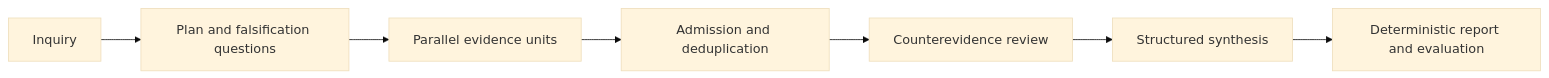
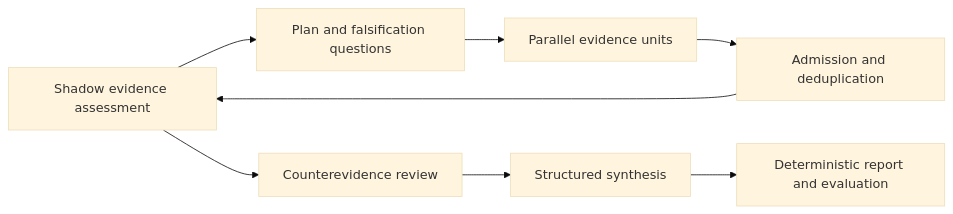
Before and after one commit to ChrBoebel/Abundance: the first of 2 diagrams in README.md, drawn with Mermaid (base theme). The commit also changed other lines of this file and 25 other files, not shown here.

Commit message:
feat: add shadow evidence assessment (#11)

````diff
--- a/README.md
+++ b/README.md
@@ -53,9 +53,10 @@
 ```mermaid
 flowchart LR
     Q["Inquiry"] --> P["Plan and falsification questions"]
     P --> F["Parallel evidence units"]
     F --> A["Admission and deduplication"]
-    A --> R["Counterevidence review"]
+    A --> Q["Shadow evidence assessment"]
+    Q --> R["Counterevidence review"]
     R --> S["Structured synthesis"]
     S --> E["Deterministic report and evaluation"]
 ```
````
